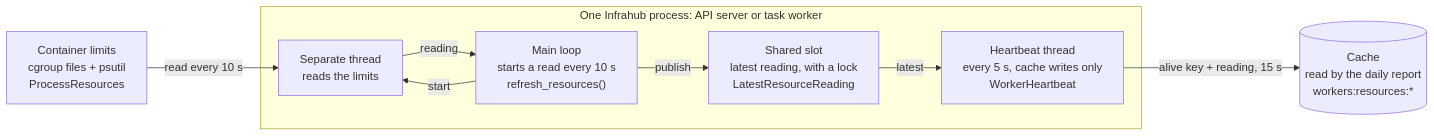
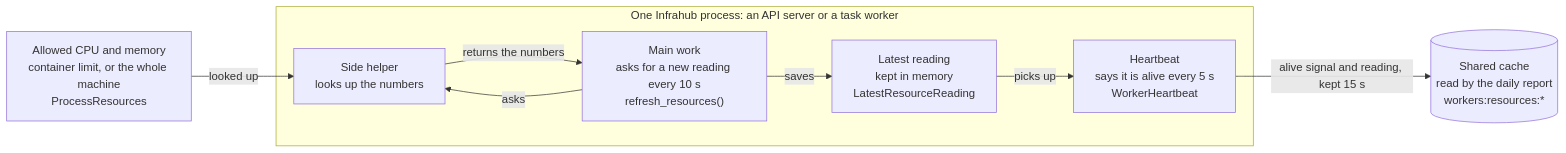
One commit to opsmill/infrahub changed the diagram in dev/knowledge/backend/telemetry.md. Above: the diagram before and after it, drawn with Mermaid.

Commit message:
docs(telemetry): plain-English labels in the resource reading diagram
The diagram named threads, slots and cgroup files. It now says what each
part does in everyday words, keeping one code name per box as a pointer
into the code.

````diff
--- a/dev/knowledge/backend/telemetry.md
+++ b/dev/knowledge/backend/telemetry.md
@@ -98,17 +98,17 @@
 ```mermaid
 flowchart LR
-    limits["Container limits<br/>cgroup files + psutil<br/>ProcessResources"]
-    subgraph process["One Infrahub process: API server or task worker"]
-        main["Main loop<br/>starts a read every 10 s<br/>refresh_resources()"]
-        reader["Separate thread<br/>reads the limits"]
-        slot["Shared slot<br/>latest reading, with a lock<br/>LatestResourceReading"]
-        beat["Heartbeat thread<br/>every 5 s, cache writes only<br/>WorkerHeartbeat"]
-        main -->|start| reader
-        reader -->|reading| main
-        main -->|publish| slot
-        slot -->|latest| beat
+    limits["Allowed CPU and memory<br/>container limit, or the whole machine<br/>ProcessResources"]
+    subgraph process["One Infrahub process: an API server or a task worker"]
+        main["Main work<br/>asks for a new reading every 10 s<br/>refresh_resources()"]
+        reader["Side helper<br/>looks up the numbers"]
+        slot["Latest reading<br/>kept in memory<br/>LatestResourceReading"]
+        beat["Heartbeat<br/>says it is alive every 5 s<br/>WorkerHeartbeat"]
+        main -->|asks| reader
+        reader -->|returns the numbers| main
+        main -->|saves| slot
+        slot -->|picks up| beat
     end
-    cache[("Cache<br/>read by the daily report<br/>workers:resources:*")]
-    limits -->|read every 10 s| reader
-    beat -->|alive key + reading, 15 s| cache
+    cache[("Shared cache<br/>read by the daily report<br/>workers:resources:*")]
+    limits -->|looked up| reader
+    beat -->|alive signal and reading, kept 15 s| cache
 ```
````
